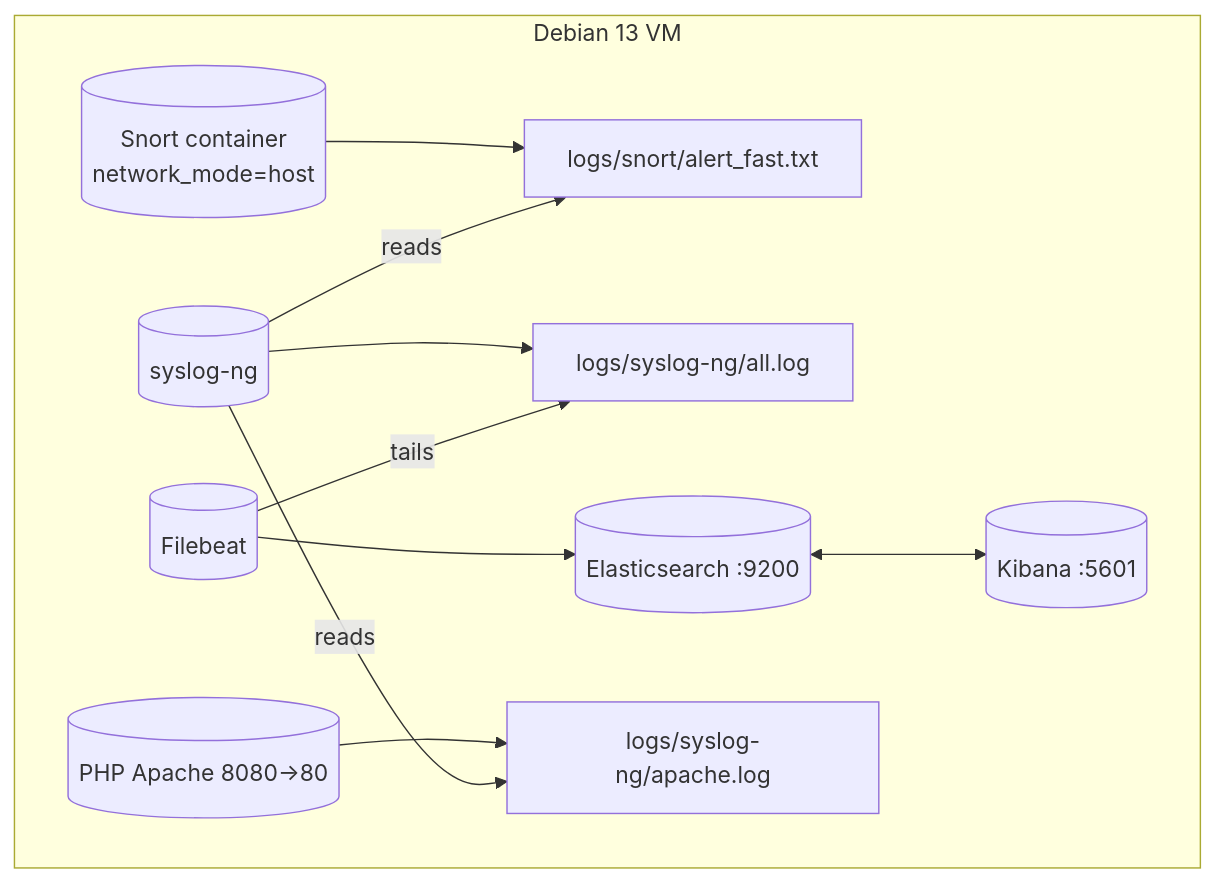
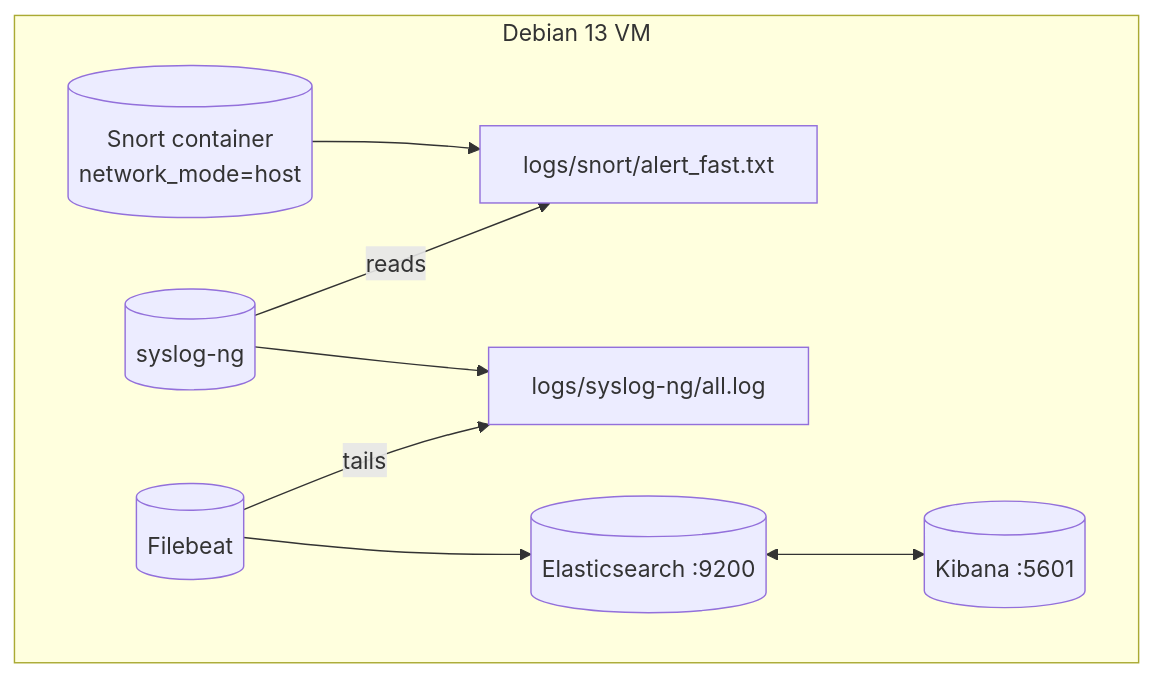
Before and after one commit to fireblock29/My_SIEM: the diagram in README.md, drawn with Mermaid.

````diff
--- a/README.md
+++ b/README.md
@@ -33,16 +33,14 @@
 ```mermaid
 flowchart LR
   subgraph Host[Debian 13 VM]
     direction LR
 
     Snort[(Snort container\nnetwork_mode=host)] --> SLog[logs/snort/alert_fast.txt]
     SyslogNG[(syslog-ng)] --> All[logs/syslog-ng/all.log]
     Filebeat[(Filebeat)] --> ES[(Elasticsearch :9200)]
     ES <--> KB[(Kibana :5601)]
-    Web[(PHP Apache 8080->80)] --> ALog[logs/syslog-ng/apache.log]
 
     SyslogNG -- reads --> SLog
-    SyslogNG -- reads --> ALog
     Filebeat -- tails --> All
   end
 ```
````
